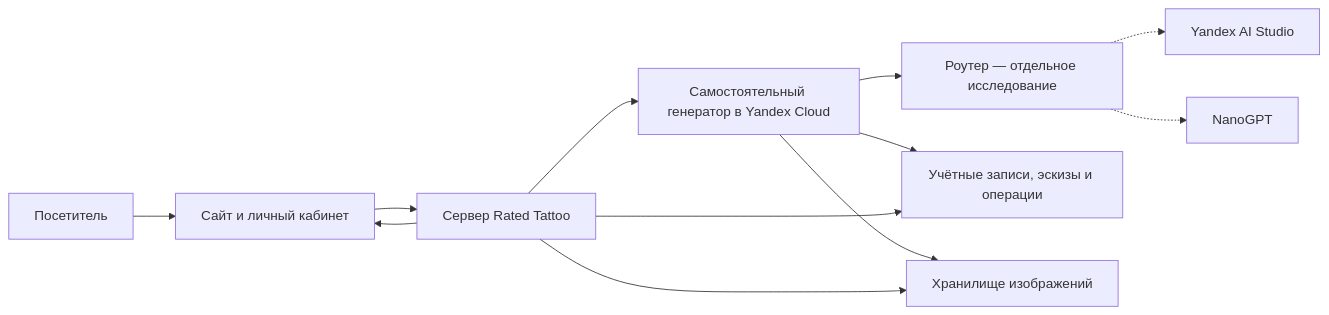
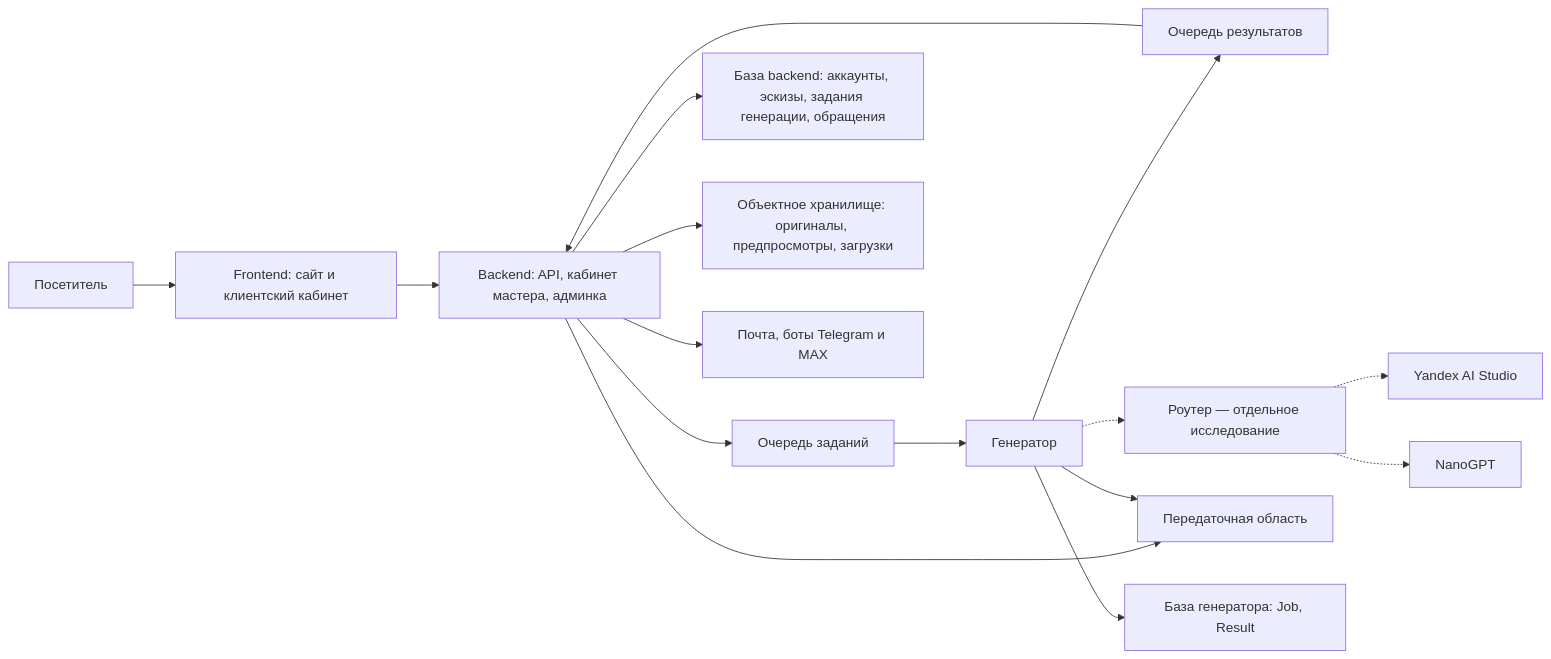
Before and after one commit to anmaxx/rated: the diagram in docs/adr/0001-tattoo-generator-and-client-account.md, drawn with Mermaid. The commit also changed other lines of this file and 11 other files, not shown here.

First line of the commit message:
docs: проход 3 по свип-ревью — термины, схема ADR-0001, факты репозитория, указатели на ADR-0009…0012

````diff
--- a/docs/adr/0001-tattoo-generator-and-client-account.md
+++ b/docs/adr/0001-tattoo-generator-and-client-account.md
@@ -89,14 +112,18 @@
 ```mermaid
 flowchart LR
-    Visitor[Посетитель] --> Site[Сайт и личный кабинет]
-    Site --> Backend[Сервер Rated Tattoo]
-    Backend --> Harness[Самостоятельный генератор в Yandex Cloud]
-    Harness --> Router[Роутер — отдельное исследование]
+    Visitor[Посетитель] --> Site[Frontend: сайт и клиентский кабинет]
+    Site --> Backend[Backend: API, кабинет мастера, админка]
+    Backend --> JobQ[Очередь заданий]
+    JobQ --> Generator[Генератор]
+    Generator --> ResultQ[Очередь результатов]
+    ResultQ --> Backend
+    Generator -.-> Router[Роутер — отдельное исследование]
     Router -.-> YandexAI[Yandex AI Studio]
     Router -.-> NanoGPT[NanoGPT]
-    Harness --> Records
-    Harness --> Images
-    Backend --> Records[Учётные записи, эскизы и операции]
-    Backend --> Images[Хранилище изображений]
-    Backend --> Site
+    Backend --> Records[База backend: аккаунты, эскизы, задания генерации, обращения]
+    Backend --> Images[Объектное хранилище: оригиналы, предпросмотры, загрузки]
+    Backend --> Transfer[Передаточная область]
+    Generator --> Transfer
+    Generator --> GenDB[База генератора: Job, Result]
+    Backend --> External[Почта, боты Telegram и MAX]
 ```
````
